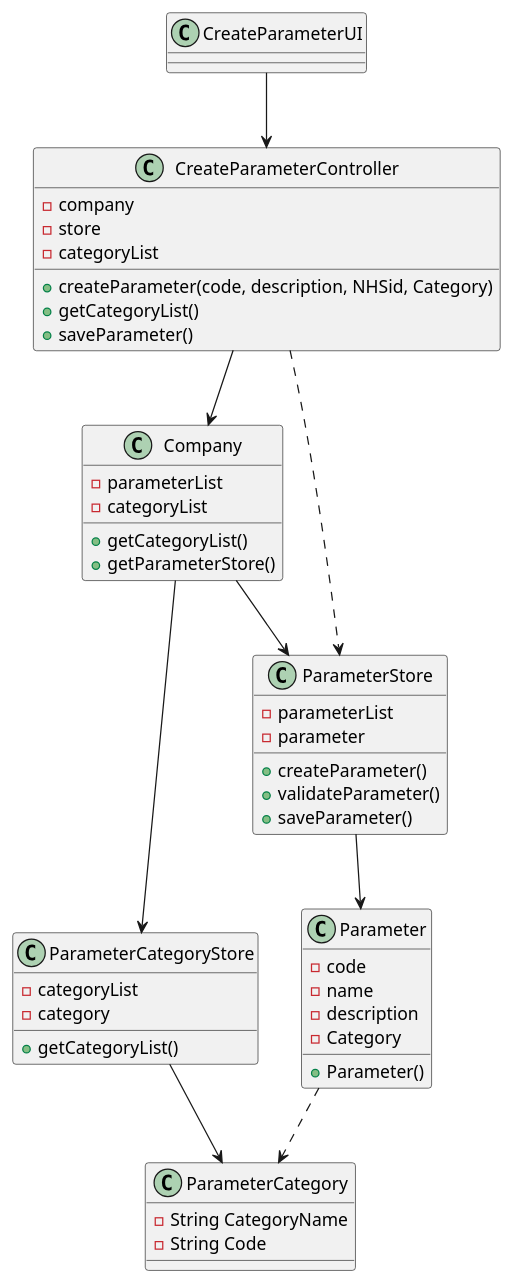
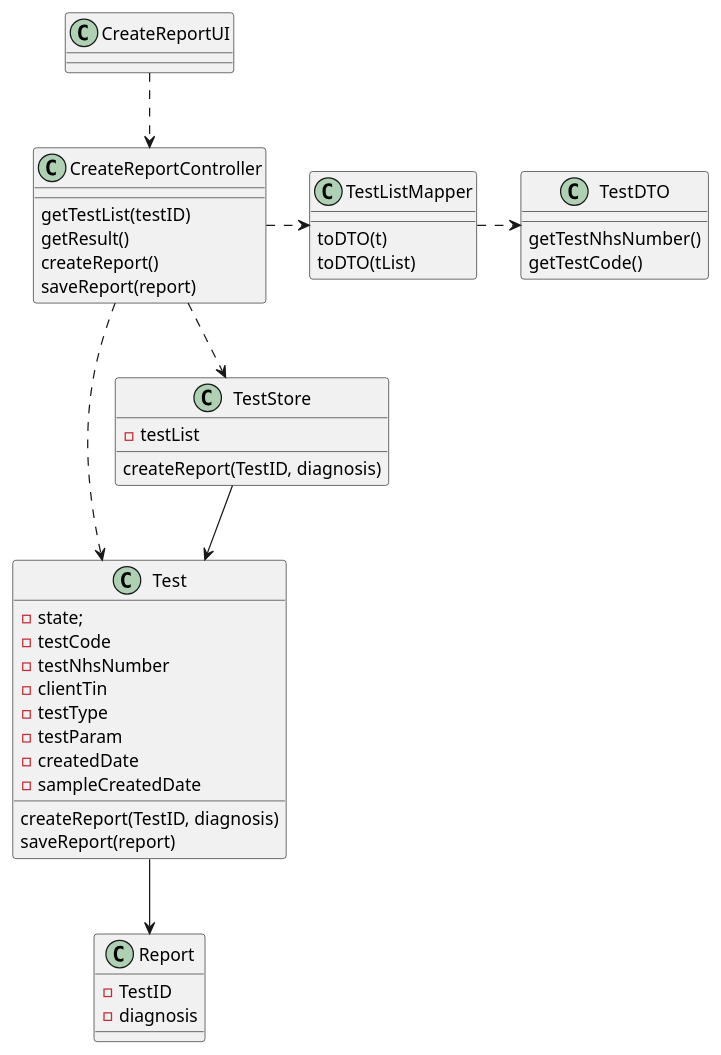
One commit to MarianaCLages/LAPR2 changed the diagram in docs/SprintC/US14/US14_CD.puml. Above: the diagram before and after it, drawn with PlantUML. The commit also changed 4 other files, not shown here.

```diff
--- a/docs/SprintC/US14/US14_CD.puml
+++ b/docs/SprintC/US14/US14_CD.puml
@@ -1,64 +1,58 @@
 @startuml
 
-class ParameterCategory {
-  -String CategoryName
-  -String Code
+class CreateReportUI {
+
 }
 
-class Company{
--parameterList
--categoryList
-+getCategoryList()
-+getParameterStore()
+class CreateReportController{
+getTestList(testID)
+getResult()
+createReport()
+saveReport(report)
+
 }
 
-class CreateParameterController {
--company
--store
--categoryList
-+createParameter(code, description, NHSid, Category)
-+getCategoryList()
-+saveParameter()
+class TestListMapper{
+toDTO(t)
+toDTO(tList)
 }
 
-class CreateParameterUI{
+class TestDTO{
+getTestNhsNumber()
+getTestCode()
 }
 
-class ParameterCategoryStore{
--categoryList
--category
-+getCategoryList()
+class Test{
+-state;
+-testCode
+-testNhsNumber
+-clientTin
+-testType
+-testParam
+-createdDate
+-sampleCreatedDate
+
+createReport(TestID, diagnosis)
+saveReport(report)
+ }
+
+class TestStore{
+-testList
+createReport(TestID, diagnosis)
 }
 
-class ParameterStore{
--parameterList
--parameter
-+createParameter()
-+validateParameter()
-+saveParameter()
+class Report{
+-TestID
+-diagnosis
+
 }
 
-class Parameter{
--code
--name
--description
--Category
-+Parameter()
-}
+CreateReportUI ..> CreateReportController
+CreateReportController .> TestListMapper
+TestListMapper .> TestDTO
+CreateReportController ..> Test
+CreateReportController ..> TestStore
+TestStore --> Test
+Test --> Report
 
-CreateParameterUI --> CreateParameterController
-
-CreateParameterController --> Company
-CreateParameterController ..> ParameterStore
-
-Company --> ParameterCategoryStore
-Company --> ParameterStore
-
-ParameterStore --> Parameter
-
-ParameterCategoryStore --> ParameterCategory
-
-
-
-Parameter  ..>  ParameterCategory
 @enduml
```
